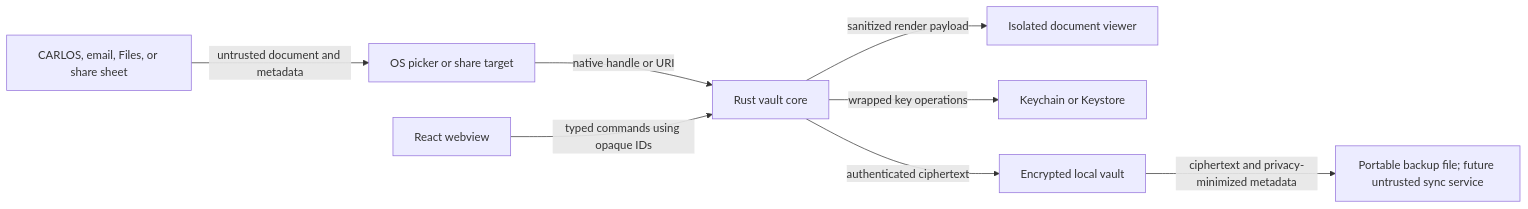
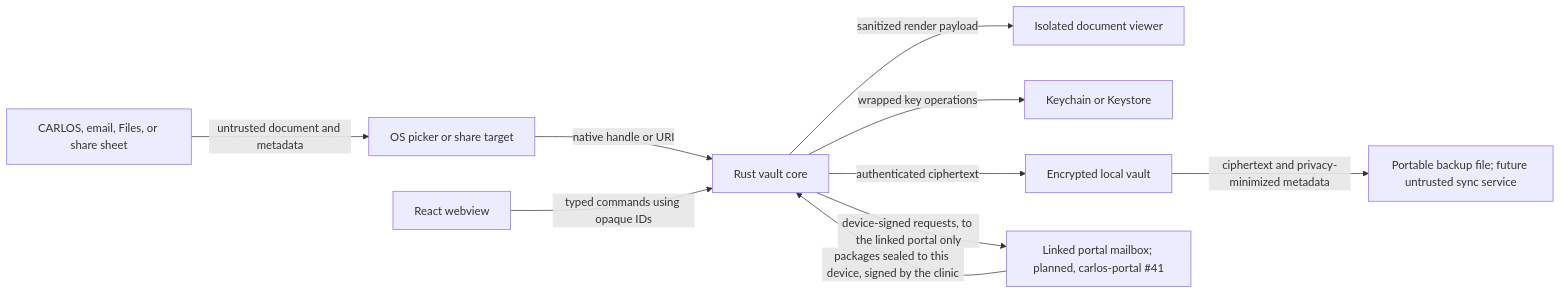
Before and after one commit to carlos-emr/mycarlos: the diagram in THREAT_MODEL.md, drawn with Mermaid. The commit also changed other lines of this file and 2 other files, not shown here.

First line of the commit message:
docs(security): threat model for portal pickup, the first network use

````diff
--- a/THREAT_MODEL.md
+++ b/THREAT_MODEL.md
@@ -51,19 +52,22 @@
 ```mermaid
 flowchart LR
     Source[CARLOS, email, Files, or share sheet]
     Picker[OS picker or share target]
     UI[React webview]
     Core[Rust vault core]
     Viewer[Isolated document viewer]
     Keys[Keychain or Keystore]
     Vault[Encrypted local vault]
     Backup[Portable backup file; future untrusted sync service]
+    Portal[Linked portal mailbox; planned, carlos-portal #41]
 
     Source -->|untrusted document and metadata| Picker
     Picker -->|native handle or URI| Core
     UI -->|typed commands using opaque IDs| Core
     Core -->|sanitized render payload| Viewer
     Core -->|wrapped key operations| Keys
     Core -->|authenticated ciphertext| Vault
     Vault -->|ciphertext and privacy-minimized metadata| Backup
+    Core -->|device-signed requests, to the linked portal only| Portal
+    Portal -->|packages sealed to this device, signed by the clinic| Core
 ```
````
